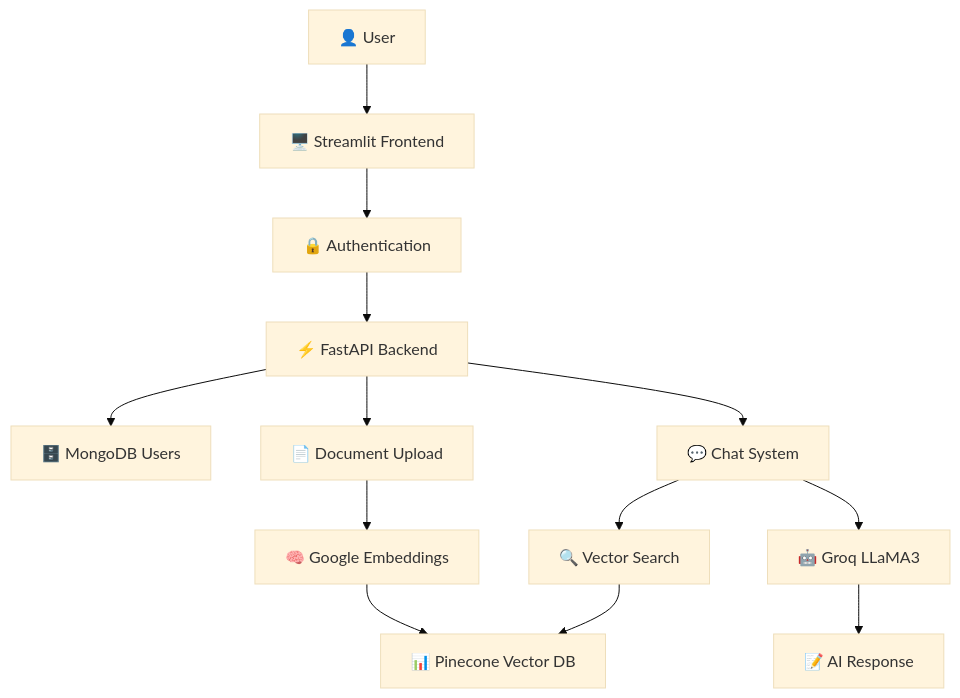
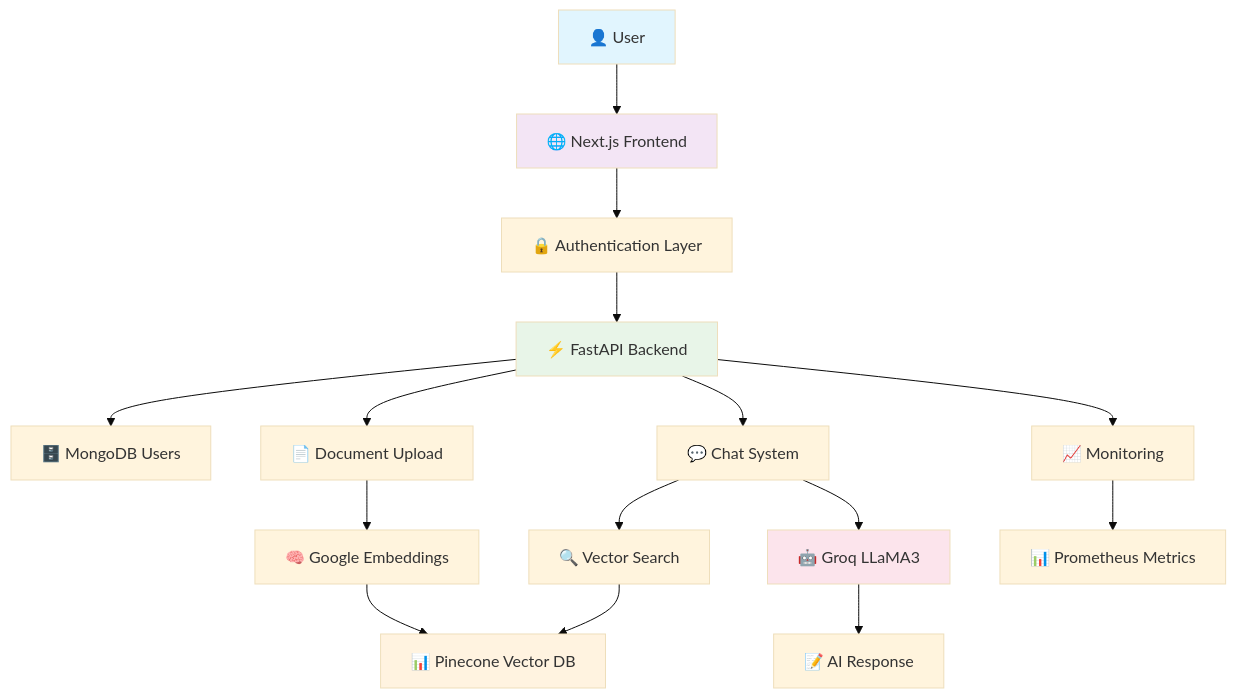
Before and after one commit to YogeshKumar-saini/medical-Chatbot-genAi-app: the first of 9 diagrams in README.md, drawn with Mermaid (base theme). The commit also changed other lines of this file and 1 other file, not shown here.

Commit message:
fix(docs): update clone command in frontend README for repository URL

````diff
--- a/README.md
+++ b/README.md
@@ -50,15 +65,23 @@
 ```mermaid
 graph TD
-    A[👤 User] --> B[🖥️ Streamlit Frontend]
-    B --> C[🔒 Authentication]
+    A[👤 User] --> B[🌐 Next.js Frontend]
+    B --> C[🔒 Authentication Layer]
     C --> D[⚡ FastAPI Backend]
     D --> E[🗄️ MongoDB Users]
     D --> F[📄 Document Upload]
     F --> G[🧠 Google Embeddings]
     G --> H[📊 Pinecone Vector DB]
     D --> I[💬 Chat System]
     I --> J[🔍 Vector Search]
     J --> H
     I --> K[🤖 Groq LLaMA3]
     K --> L[📝 AI Response]
+    D --> M[📈 Monitoring]
+    M --> N[📊 Prometheus Metrics]
+    
+    style A fill:#e1f5fe
+    style B fill:#f3e5f5
+    style D fill:#e8f5e8
+    style H fill:#fff3e0
+    style K fill:#fce4ec
 ```
````
